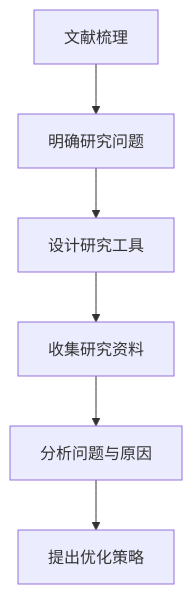
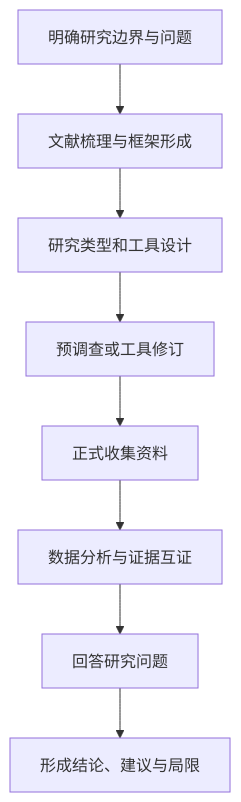
Before and after one commit to Agony888/education-assistant: the diagram in .agents/skills/education-research-assistant/templates/proposal-standard-template.md, drawn with Mermaid. The commit also changed other lines of this file, not shown here.

````diff
--- a/.agents/skills/education-research-assistant/templates/proposal-standard-template.md
+++ b/.agents/skills/education-research-assistant/templates/proposal-standard-template.md
@@ -66,8 +132,10 @@
 ```mermaid
 graph TD
-A[文献梳理] --> B[明确研究问题]
-B --> C[设计研究工具]
-C --> D[收集研究资料]
-D --> E[分析问题与原因]
-E --> F[提出优化策略]
+A[明确研究边界与问题] --> B[文献梳理与框架形成]
+B --> C[研究类型和工具设计]
+C --> D[预调查或工具修订]
+D --> E[正式收集资料]
+E --> F[数据分析与证据互证]
+F --> G[回答研究问题]
+G --> H[形成结论、建议与局限]
 ```
````
